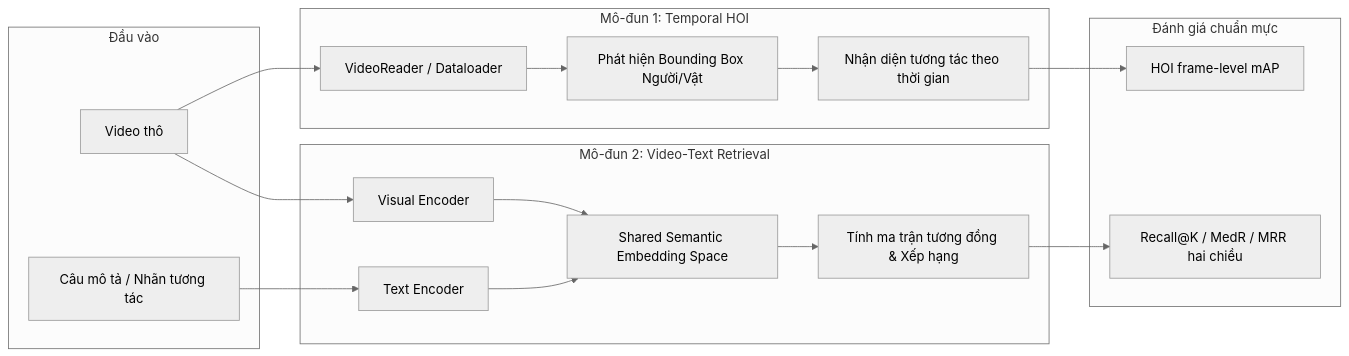
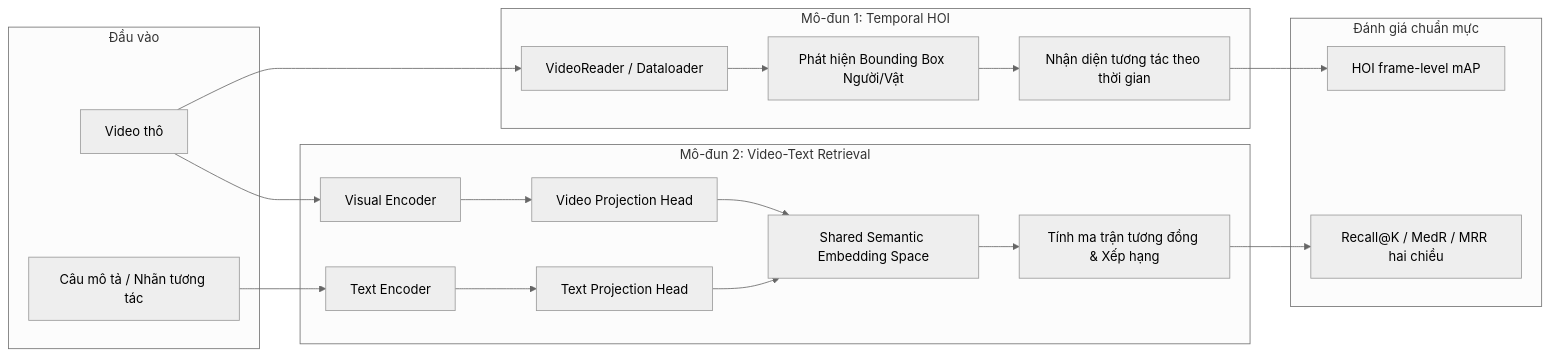
Before and after one commit to phunh1901/temporal-hoi-video-text-matching: the diagram in README.md, drawn with Mermaid (neutral theme). The commit also changed other lines of this file and 34 other files, not shown here.

````diff
--- a/README.md
+++ b/README.md
@@ -28,35 +28,37 @@
 ```mermaid
 flowchart LR
     subgraph Input ["Đầu vào"]
         V["Video thô"]
         T["Câu mô tả / Nhãn tương tác"]
     end
 
     subgraph M1 ["Mô-đun 1: Temporal HOI"]
         VR["VideoReader / Dataloader"]
         HD["Phát hiện Bounding Box Người/Vật"]
         HA["Nhận diện tương tác theo thời gian"]
         VR --> HD --> HA
     end
 
     subgraph M2 ["Mô-đun 2: Video-Text Retrieval"]
         VE["Visual Encoder"]
         TE["Text Encoder"]
         SS["Shared Semantic Embedding Space"]
         SIM["Tính ma trận tương đồng & Xếp hạng"]
-        VE --> SS
-        TE --> SS
+        VH["Video Projection Head"]
+        TH["Text Projection Head"]
+        VE --> VH --> SS
+        TE --> TH --> SS
         SS --> SIM
     end
 
     subgraph Evaluation ["Đánh giá chuẩn mực"]
         MAP["HOI frame-level mAP"]
         RET["Recall@K / MedR / MRR hai chiều"]
     end
 
     V --> VR
     V --> VE
     T --> TE
     HA --> MAP
     SIM --> RET
 ```
````
